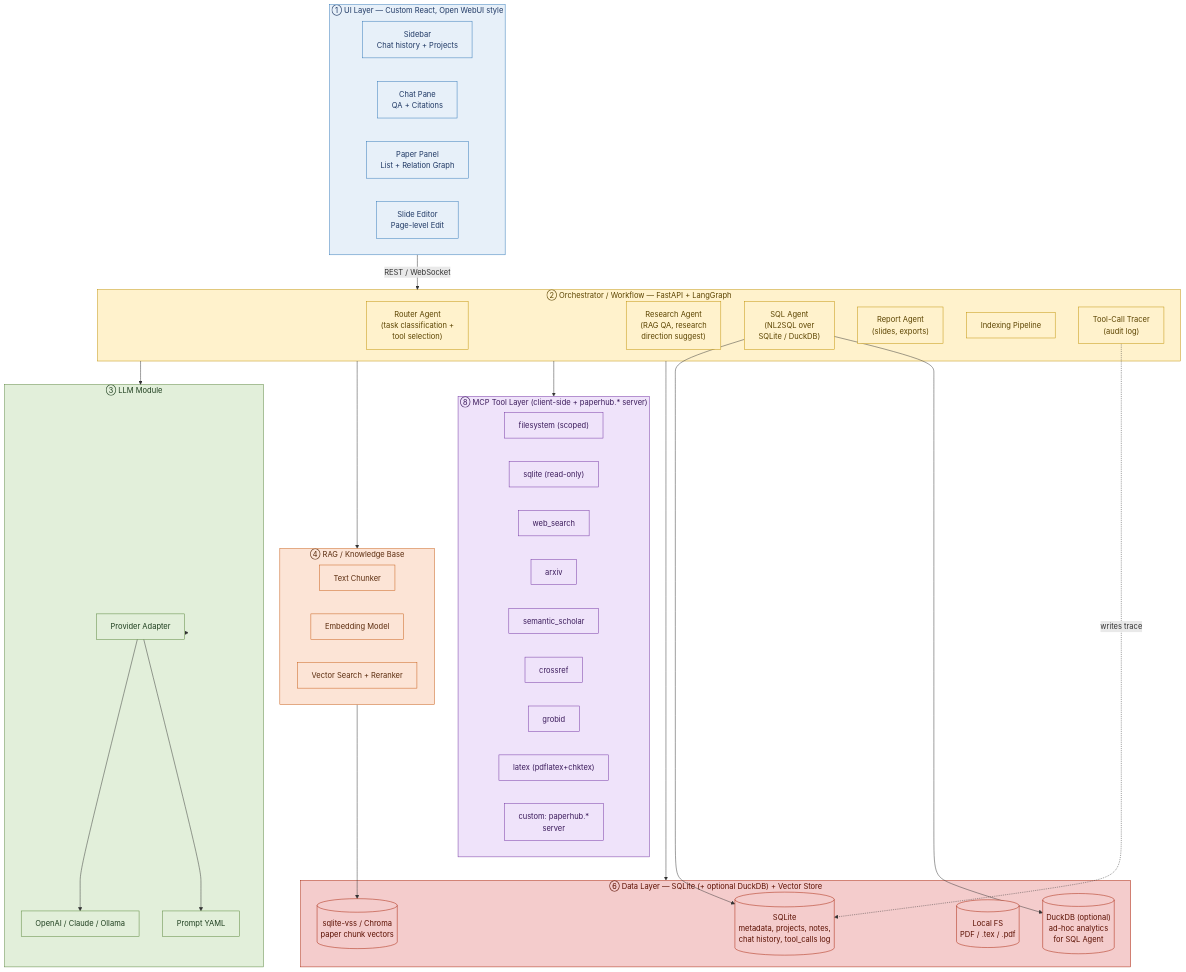
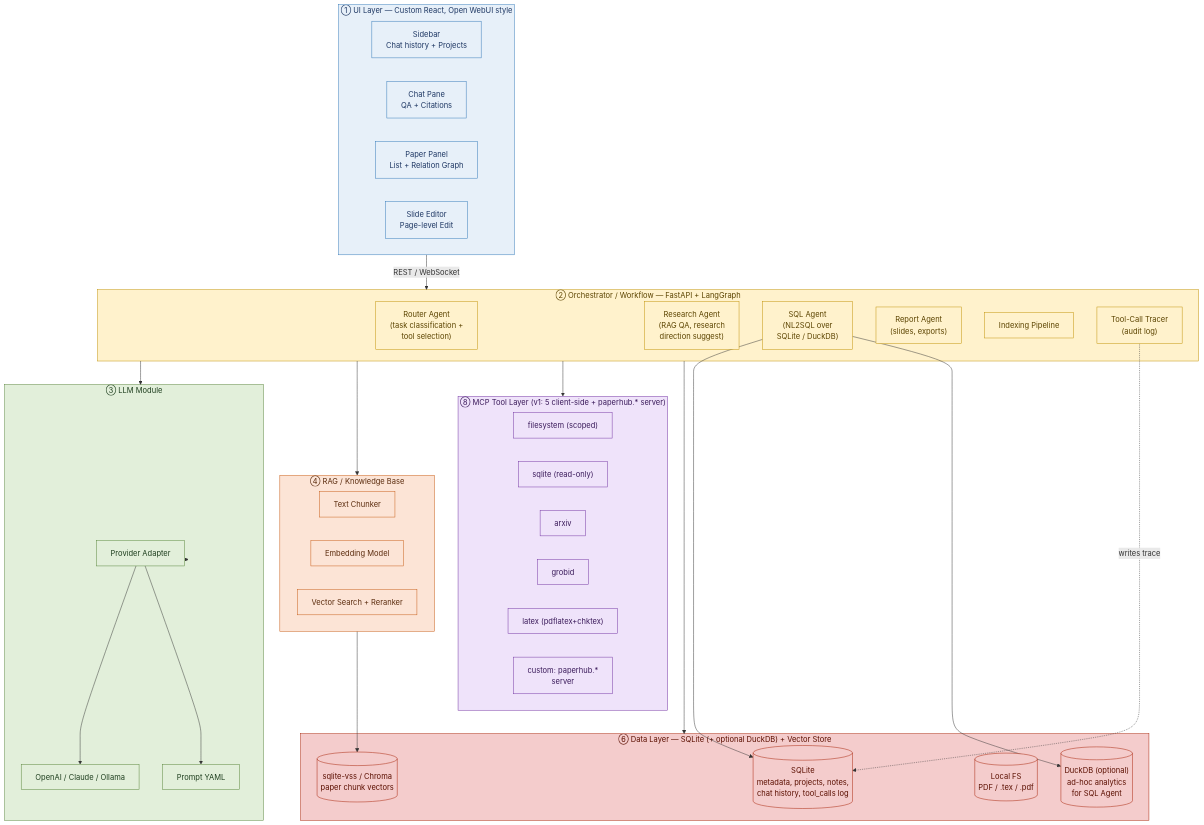
The first of 2 diagrams in docs/superpowers/specs/2026-05-17-paperhub-srs.md (whats2000/PaperHub), drawn with Mermaid before and after one commit. The commit also changed other lines of this file and 3 other files, not shown here.

First line of the commit message:
docs(srs): bump to v1.6 — 3-phase plan, LiteLLM adapter, 5-tool MCP surface

````diff
--- a/docs/superpowers/specs/2026-05-17-paperhub-srs.md
+++ b/docs/superpowers/specs/2026-05-17-paperhub-srs.md
@@ -232,76 +233,73 @@
 ```mermaid
 flowchart TB
     subgraph UI["① UI Layer — Custom React, Open WebUI style"]
         U1["Sidebar<br/>Chat history + Projects"]
         U2["Chat Pane<br/>QA + Citations"]
         U3["Paper Panel<br/>List + Relation Graph"]
         U4["Slide Editor<br/>Page-level Edit"]
     end
 
     subgraph ORC["② Orchestrator / Workflow — FastAPI + LangGraph"]
         O0["Router Agent<br/>(task classification +<br/>tool selection)"]
         O1["Research Agent<br/>(RAG QA, research<br/>direction suggest)"]
         O2["SQL Agent<br/>(NL2SQL over<br/>SQLite / DuckDB)"]
         O3["Report Agent<br/>(slides, exports)"]
         O4["Indexing Pipeline"]
         O5["Tool-Call Tracer<br/>(audit log)"]
     end
 
-    subgraph MCP["⑧ MCP Tool Layer (client-side + paperhub.* server)"]
+    subgraph MCP["⑧ MCP Tool Layer (v1: 5 client-side + paperhub.* server)"]
         M1["filesystem (scoped)"]
         M2["sqlite (read-only)"]
-        M3["web_search"]
-        M4["arxiv"]
-        M5["semantic_scholar"]
-        M6["crossref"]
-        M7["grobid"]
-        M8["latex (pdflatex+chktex)"]
-        M9["custom: paperhub.*<br/>server"]
+        M3["arxiv"]
+        M4["grobid"]
+        M5["latex (pdflatex+chktex)"]
+        M6["custom: paperhub.*<br/>server"]
     end
 
     subgraph LLM["③ LLM Module"]
         L1["Provider Adapter"]
         L2["OpenAI / Claude / Ollama"]
         L3["Prompt YAML"]
     end
 
     subgraph RAG["④ RAG / Knowledge Base"]
         R1["Text Chunker"]
         R2["Embedding Model"]
         R3["Vector Search + Reranker"]
     end
 
     subgraph DB["⑥ Data Layer — SQLite (+ optional DuckDB) + Vector Store"]
         D1[("SQLite<br/>metadata, projects, notes,<br/>chat history, tool_calls log")]
         D2[("sqlite-vss / Chroma<br/>paper chunk vectors")]
         D3[("Local FS<br/>PDF / .tex / .pdf")]
         D4[("DuckDB (optional)<br/>ad-hoc analytics<br/>for SQL Agent")]
     end
 
     UI -- "REST / WebSocket" --> ORC
     ORC --> LLM
     ORC --> RAG
     ORC --> MCP
     ORC --> DB
     O5 -. "writes trace" .-> D1
     O2 --> D1
     O2 --> D4
     RAG --> D2
     LLM --> L1
     L1 --> L2
     L1 --> L3
 
     classDef ui   fill:#E7F0F9,stroke:#2E75B6,color:#1F3864;
     classDef orc  fill:#FFF2CC,stroke:#BF8F00,color:#5C4400;
     classDef llm  fill:#E2EFDA,stroke:#548235,color:#1F3F1F;
     classDef rag  fill:#FCE4D6,stroke:#C65911,color:#5B2C0E;
     classDef db   fill:#F4CCCC,stroke:#A61C00,color:#5B0F00;
     classDef mcp  fill:#EFE3FA,stroke:#7030A0,color:#3B1B5B;
 
     class UI,U1,U2,U3,U4 ui
     class ORC,O0,O1,O2,O3,O4,O5 orc
     class LLM,L1,L2,L3 llm
     class RAG,R1,R2,R3 rag
     class DB,D1,D2,D3,D4 db
-    class MCP,M1,M2,M3,M4,M5,M6,M7,M8,M9 mcp
+    class MCP,M1,M2,M3,M4,M5,M6 mcp
 ```
````
